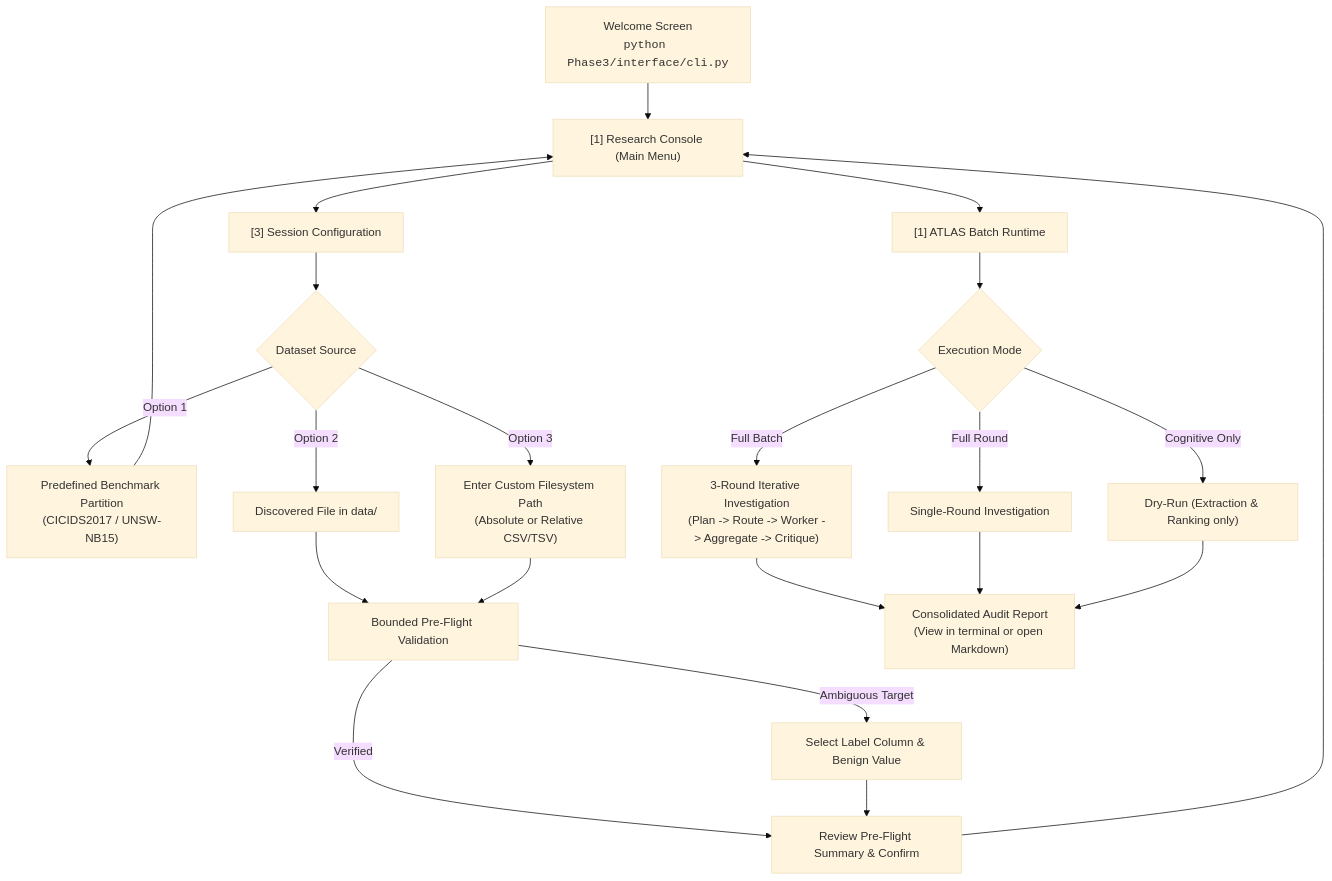
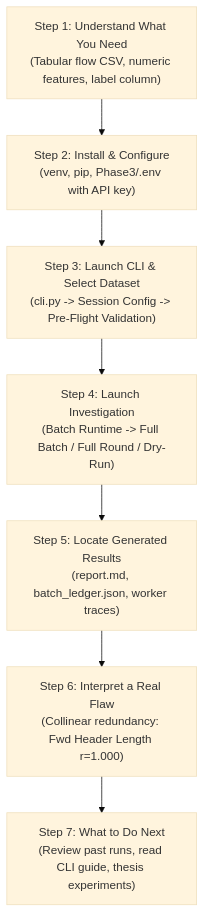
The first of 2 diagrams in README.md (poolandreeulomas/nids-smell-audit), drawn with Mermaid (base theme) before and after one commit. The commit also changed other lines of this file, not shown here.

````diff
--- a/README.md
+++ b/README.md
@@ -155,24 +187,9 @@
 ```mermaid
 flowchart TD
-    A["Welcome Screen<br><code>python Phase3/interface/cli.py</code>"] --> B["[1] Research Console (Main Menu)"]
-    B --> C["[3] Session Configuration"]
-    C --> D{"Dataset Source"}
-    D -->|Option 1| E["Predefined Benchmark Partition<br>(CICIDS2017 / UNSW-NB15)"]
-    D -->|Option 2| F["Discovered File in data/"]
-    D -->|Option 3| G["Enter Custom Filesystem Path<br>(Absolute or Relative CSV/TSV)"]
-    F --> H["Bounded Pre-Flight Validation"]
-    G --> H
-    H -->|Ambiguous Target| I["Select Label Column & Benign Value"]
-    H -->|Verified| J["Review Pre-Flight Summary & Confirm"]
-    I --> J
-    J --> B
-    E --> B
-    B --> K["[1] ATLAS Batch Runtime"]
-    K --> L{"Execution Mode"}
-    L -->|Full Batch| M["3-Round Iterative Investigation<br>(Plan -> Route -> Worker -> Aggregate -> Critique)"]
-    L -->|Full Round| N["Single-Round Investigation"]
-    L -->|Cognitive Only| O["Dry-Run (Extraction & Ranking only)"]
-    M --> P["Consolidated Audit Report<br>(View in terminal or open Markdown)"]
-    N --> P
-    O --> P
+    S1["Step 1: Understand What You Need<br>(Tabular flow CSV, numeric features, label column)"] --> S2["Step 2: Install & Configure<br>(venv, pip, Phase3/.env with API key)"]
+    S2 --> S3["Step 3: Launch CLI & Select Dataset<br>(cli.py -> Session Config -> Pre-Flight Validation)"]
+    S3 --> S4["Step 4: Launch Investigation<br>(Batch Runtime -> Full Batch / Full Round / Dry-Run)"]
+    S4 --> S5["Step 5: Locate Generated Results<br>(report.md, batch_ledger.json, worker traces)"]
+    S5 --> S6["Step 6: Interpret a Real Flaw<br>(Collinear redundancy: Fwd Header Length r=1.000)"]
+    S6 --> S7["Step 7: What to Do Next<br>(Review past runs, read CLI guide, thesis experiments)"]
 ```
````
